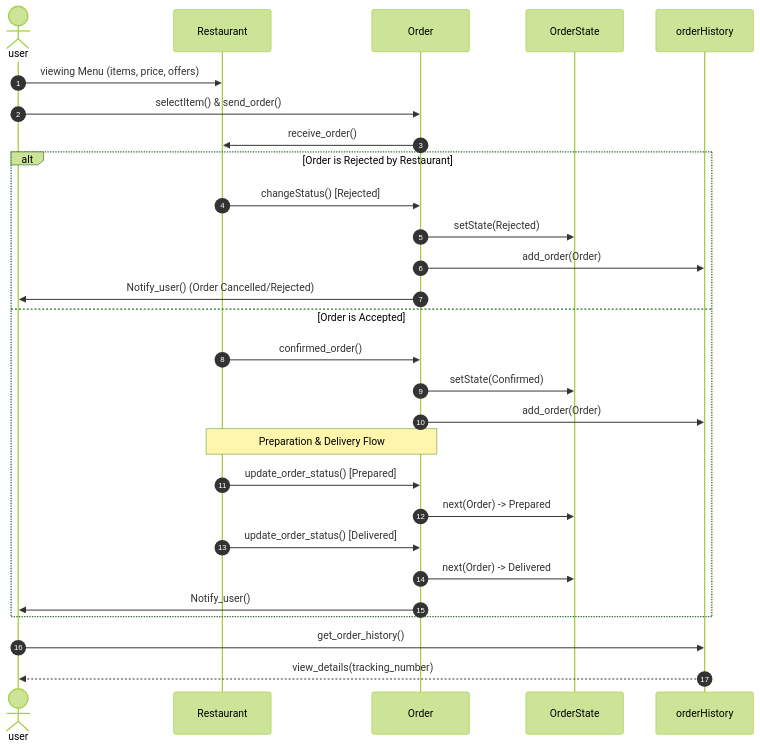
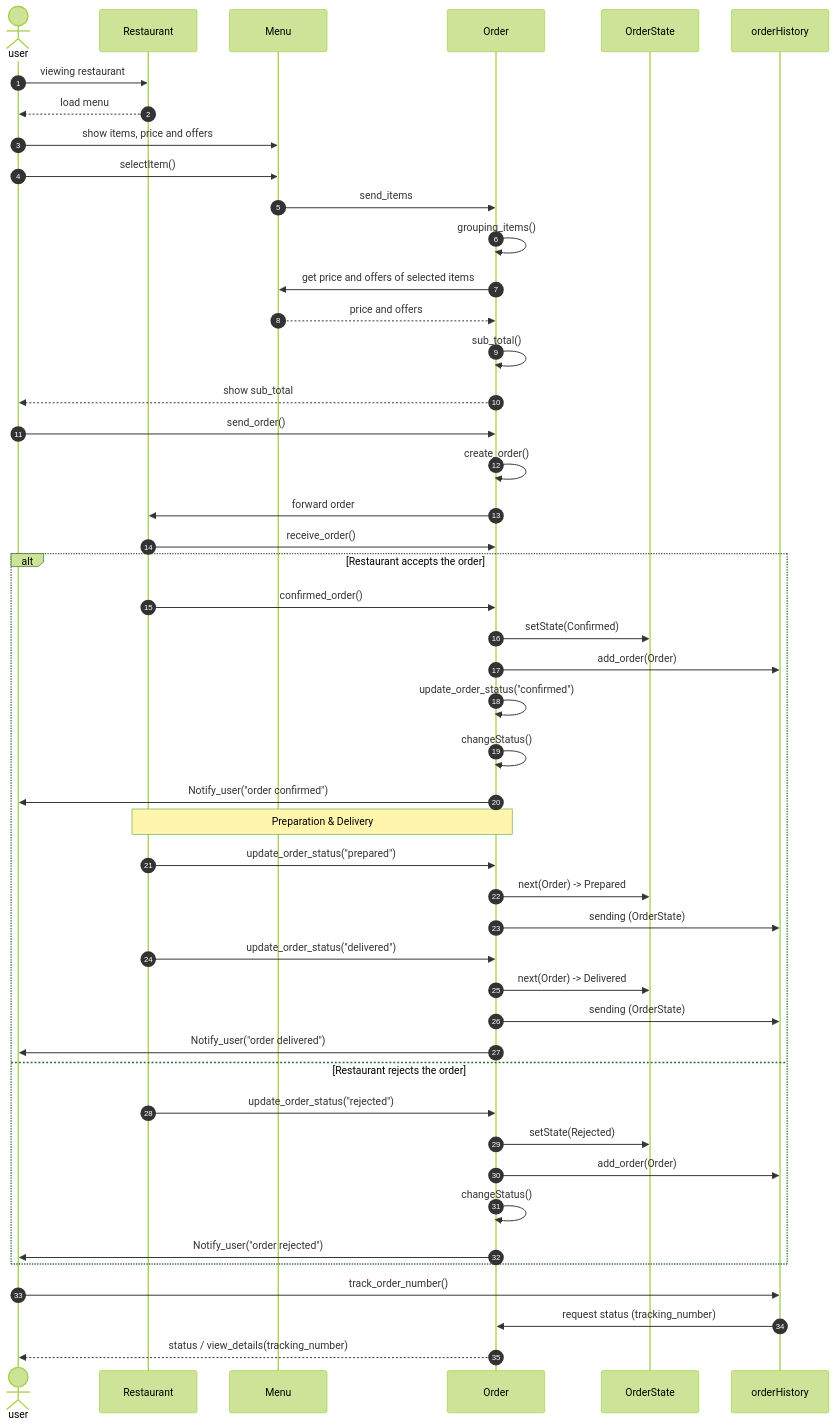
The diagram in tryingTOModule/seqdiagram.mmd (saraalialshahraniitpun/UMLs), drawn with Mermaid (forest theme) before and after one commit.

Commit message:
class diagram

```diff
--- a/tryingTOModule/seqdiagram.mmd
+++ b/tryingTOModule/seqdiagram.mmd
@@ -1,34 +1,54 @@
 sequenceDiagram
     autonumber
-    actor User as user
-    participant Rest as Restaurant
-    participant Ord as Order
-    participant State as OrderState
-    participant Hist as orderHistory
+    actor user as user
+    participant Restaurant as Restaurant
+    participant Menu as Menu
+    participant Order as Order
+    participant OrderState as OrderState
+    participant orderHistory as orderHistory
 
-    User->>Rest: viewing Menu (items, price, offers)
-    User->>Ord: selectItem() & send_order()
-    Ord->>Rest: receive_order()
+    user->>Restaurant: viewing restaurant
+    Restaurant-->>user: load menu
+    user->>Menu: show items, price and offers
+    user->>Menu: selectItem()
+    Menu->>Order: send_items
+    Order->>Order: grouping_items()
+    Order->>Menu: get price and offers of selected items
+    Menu-->>Order: price and offers
+    Order->>Order: sub_total()
+    Order-->>user: show sub_total
     
-    alt Order is Rejected by Restaurant
-        Rest->>Ord: changeStatus() [Rejected]
-        Ord->>State: setState(Rejected)
-        Ord->>Hist: add_order(Order)
-        Ord->>User: Notify_user() (Order Cancelled/Rejected)
-    else Order is Accepted
-        Rest->>Ord: confirmed_order()
-        Ord->>State: setState(Confirmed)
-        Ord->>Hist: add_order(Order)
+    user->>Order: send_order()
+    Order->>Order: create_order()
+    Order->>Restaurant: forward order
+    Restaurant->>Order: receive_order()
+    
+    alt Restaurant accepts the order
+        Restaurant->>Order: confirmed_order()
+        Order->>OrderState: setState(Confirmed)
+        Order->>orderHistory: add_order(Order)
+        Order->>Order: update_order_status("confirmed")
+        Order->>Order: changeStatus()
+        Order->>user: Notify_user("order confirmed")
         
-        Note over Rest, Ord: Preparation & Delivery Flow
-        Rest->>Ord: update_order_status() [Prepared]
-        Ord->>State: next(Order) -> Prepared
+        Note over Restaurant, Order: Preparation & Delivery
+        Restaurant->>Order: update_order_status("prepared")
+        Order->>OrderState: next(Order) -> Prepared
+        Order->>orderHistory: sending (OrderState)
         
-        Rest->>Ord: update_order_status() [Delivered]
-        Ord->>State: next(Order) -> Delivered
-        
-        Ord->>User: Notify_user()
+        Restaurant->>Order: update_order_status("delivered")
+        Order->>OrderState: next(Order) -> Delivered
+        Order->>orderHistory: sending (OrderState)
+        Order->>user: Notify_user("order delivered")
+
+    else Restaurant rejects the order
+        Restaurant->>Order: update_order_status("rejected")
+        Order->>OrderState: setState(Rejected)
+        Order->>orderHistory: add_order(Order)
+        Order->>Order: changeStatus()
+        Order->>user: Notify_user("order rejected")
     end
 
-    User->>Hist: get_order_history()
-    Hist-->>User: view_details(tracking_number)
+    user->>orderHistory: track_order_number()
+    orderHistory->>Order: request status (tracking_number)
+    Order-->>user: status / view_details(tracking_number)
```
